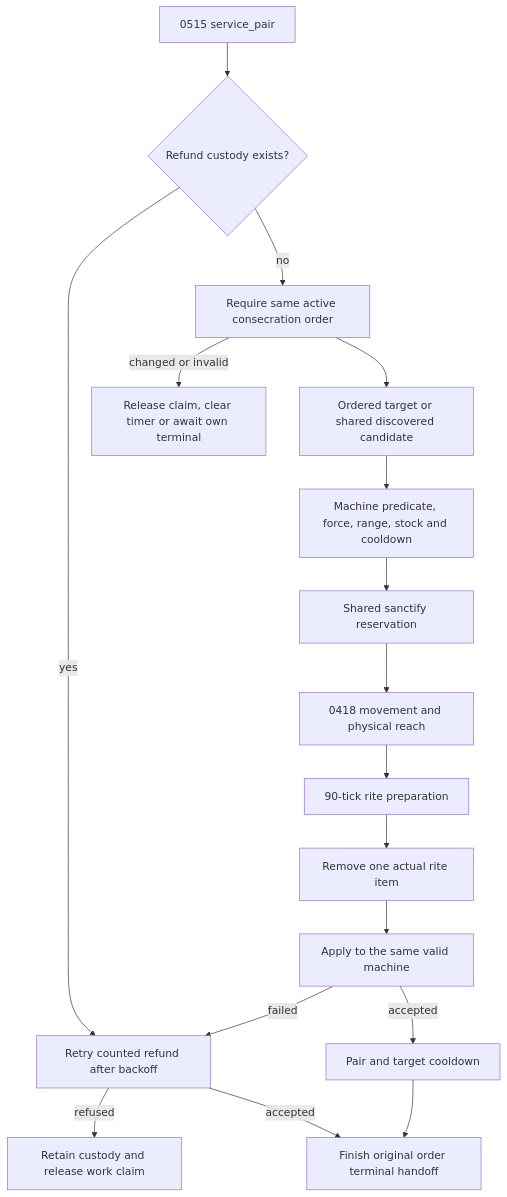
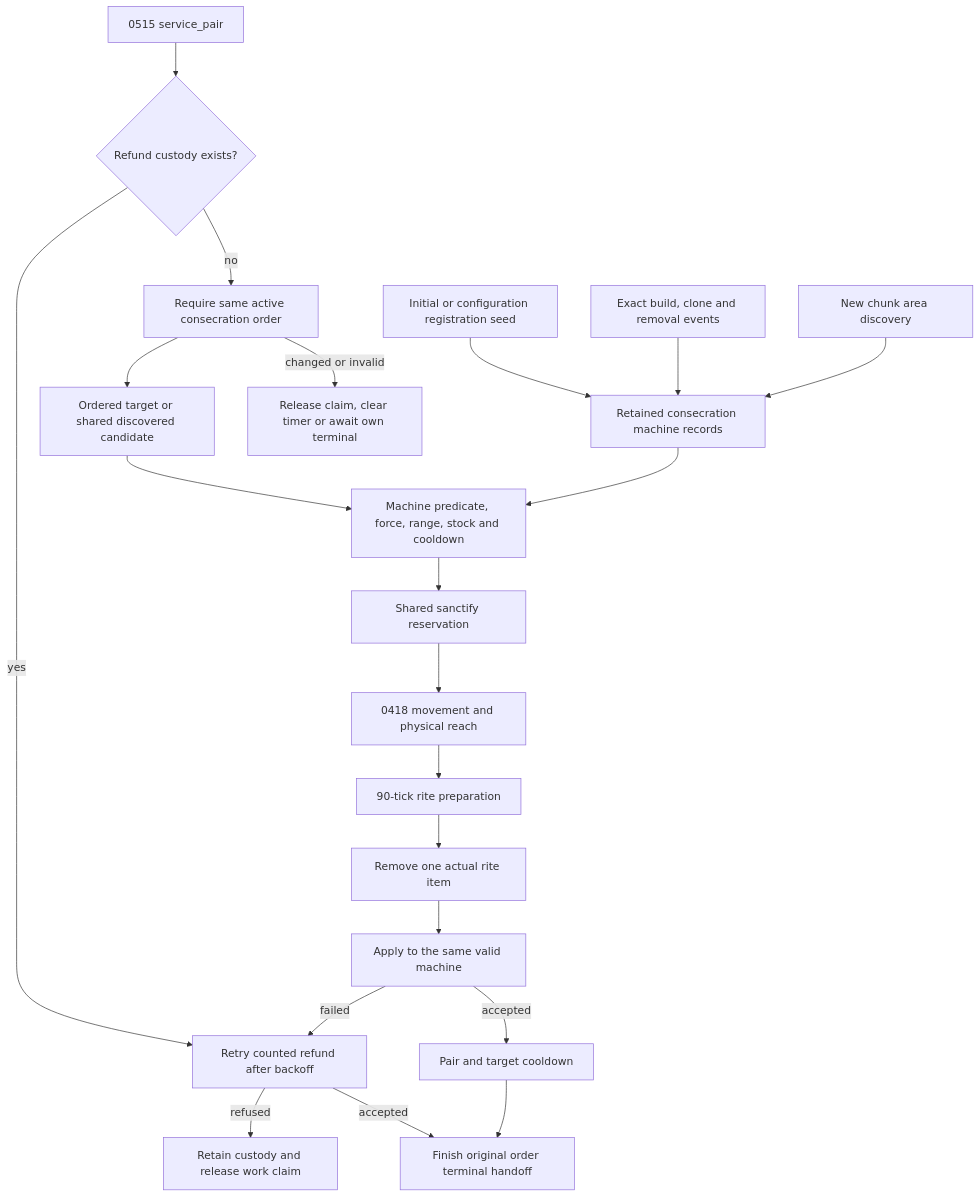
Before and after one commit to mrcalzon02/Tech-Priests: the diagram in docs/BEHAVIOR_MERMAID_FUNCTION_DRILLDOWN_0671_CONSECRATION.md, drawn with Mermaid. The commit also changed other lines of this file and 31 other files, not shown here.

````diff
--- a/docs/BEHAVIOR_MERMAID_FUNCTION_DRILLDOWN_0671_CONSECRATION.md
+++ b/docs/BEHAVIOR_MERMAID_FUNCTION_DRILLDOWN_0671_CONSECRATION.md
@@ -17,19 +17,23 @@
 ```mermaid
 flowchart TD
     Entry["0515 service_pair"] --> Refund{"Refund custody exists?"}
     Refund -->|"yes"| Return["Retry counted refund after backoff"]
     Return -->|"refused"| Hold["Retain custody and release work claim"]
     Return -->|"accepted"| Terminal["Finish original order terminal handoff"]
     Refund -->|"no"| Order["Require same active consecration order"]
     Order --> Target["Ordered target or shared discovered candidate"]
     Target --> Eligible["Machine predicate, force, range, stock and cooldown"]
+    Seed["Initial or configuration registration seed"] --> Records["Retained consecration machine records"]
+    Events["Exact build, clone and removal events"] --> Records
+    Chunk["New chunk area discovery"] --> Records
+    Records --> Eligible
     Eligible --> Claim["Shared sanctify reservation"]
     Claim --> Travel["0418 movement and physical reach"]
     Travel --> Rite["90-tick rite preparation"]
     Rite --> Consume["Remove one actual rite item"]
     Consume --> Apply["Apply to the same valid machine"]
     Apply -->|"failed"| Return
     Apply -->|"accepted"| Cooldown["Pair and target cooldown"]
     Cooldown --> Terminal
     Order -->|"changed or invalid"| Cleanup["Release claim, clear timer or await own terminal"]
 ```
````
